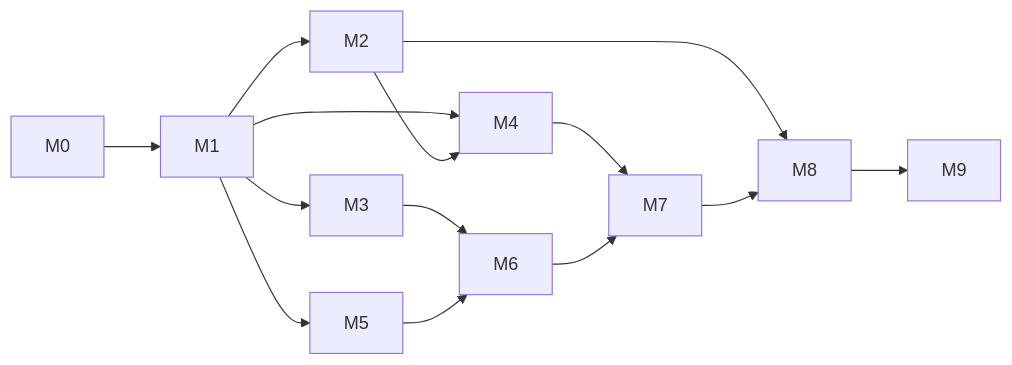
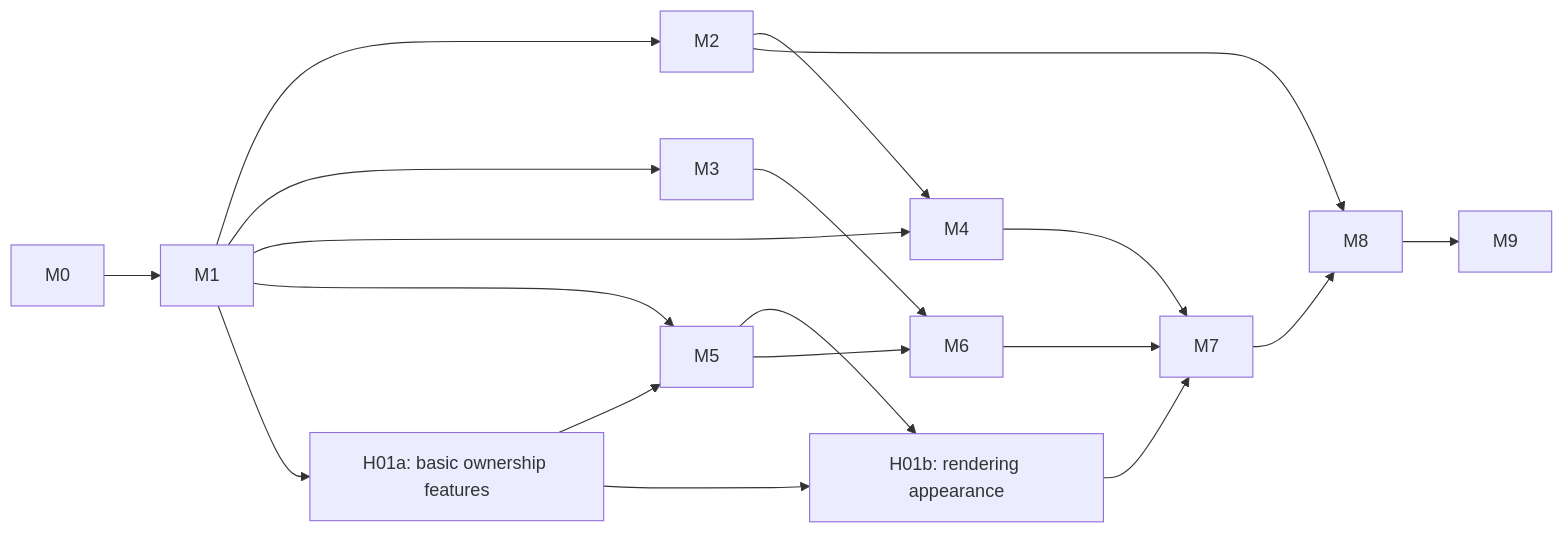
The diagram in docs/output-quality-implementation-tracker.md (sagniKdas53/manga-tl), drawn with Mermaid before and after one commit. The commit also changed other lines of this file and 4 other files, not shown here.

````diff
--- a/docs/output-quality-implementation-tracker.md
+++ b/docs/output-quality-implementation-tracker.md
@@ -101,16 +101,21 @@
 ```mermaid
 flowchart LR
   M0 --> M1
   M1 --> M2
   M1 --> M3
   M1 --> M4
   M2 --> M4
   M1 --> M5
+  M1 --> H01a["H01a: basic ownership features"]
+  H01a --> M5
+  H01a --> H01b["H01b: rendering appearance"]
+  M5 --> H01b
+  H01b --> M7
   M3 --> M6
   M5 --> M6
   M4 --> M7
   M6 --> M7
   M2 --> M8
   M7 --> M8
   M8 --> M9
 ```
````
